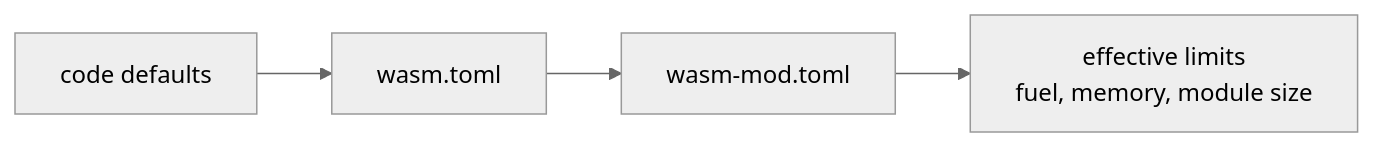
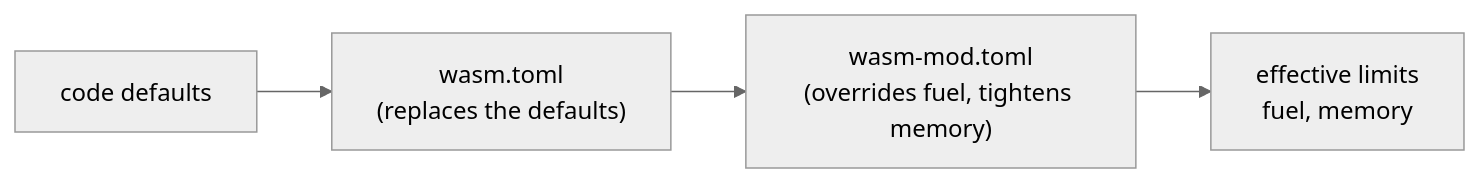
Before and after one commit to hordeforge/7dtd-wasm: the fourth of 4 diagrams in README.md, drawn with Mermaid (neutral theme). The commit also changed other lines of this file and 14 other files, not shown here.

````diff
--- a/README.md
+++ b/README.md
@@ -113,4 +116,4 @@
 ```mermaid
 flowchart LR
-    CODE["code defaults"] --> SHARED["wasm.toml"] --> MOD["wasm-mod.toml"] --> EFF["effective limits<br/>fuel, memory, module size"]
+    CODE["code defaults"] --> SHARED["wasm.toml<br/>(replaces the defaults)"] --> MOD["wasm-mod.toml<br/>(overrides fuel, tightens memory)"] --> EFF["effective limits<br/>fuel, memory"]
 ```
````
